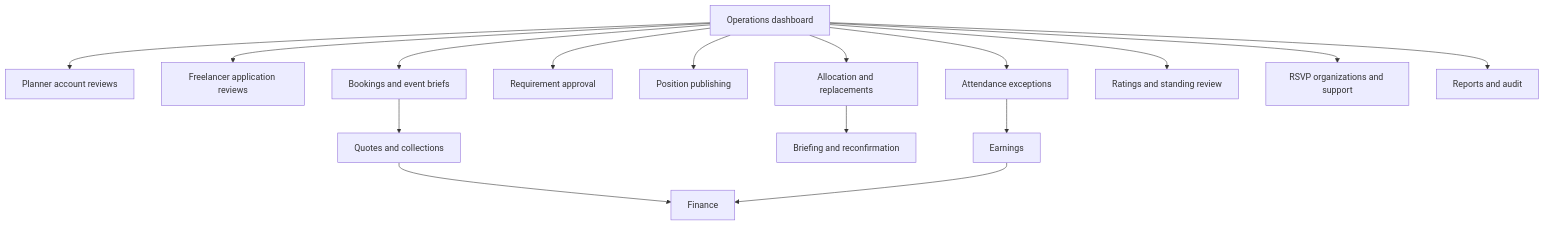
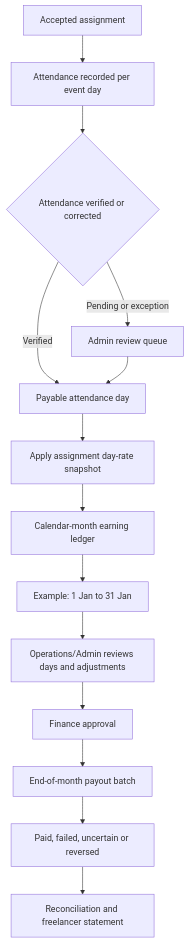
One commit to tejas104/TNP-Hospitality changed the ninth of 12 diagrams in docs/PLATFORM-USAGE-WORKFLOW-BLUEPRINT.md. Above: the diagram before and after it, drawn with Mermaid. The commit also changed other lines of this file and 10 other files, not shown here.

````diff
--- a/docs/PLATFORM-USAGE-WORKFLOW-BLUEPRINT.md
+++ b/docs/PLATFORM-USAGE-WORKFLOW-BLUEPRINT.md
@@ -267,18 +276,16 @@
 ```mermaid
 flowchart TD
-    A[Operations dashboard] --> B[Planner account reviews]
-    A --> C[Freelancer application reviews]
-    A --> D[Bookings and event briefs]
-    A --> E[Requirement approval]
-    A --> F[Position publishing]
-    A --> G[Allocation and replacements]
-    A --> H[Attendance exceptions]
-    A --> I[Ratings and standing review]
-    A --> J[RSVP organizations and support]
-    A --> K[Reports and audit]
-    D --> L[Quotes and collections]
-    G --> M[Briefing and reconfirmation]
-    H --> N[Earnings]
-    L --> O[Finance]
-    N --> O
+    A[Accepted assignment] --> B[Attendance recorded per event day]
+    B --> C{Attendance verified or corrected}
+    C -->|Pending or exception| D[Admin review queue]
+    C -->|Verified| E[Payable attendance day]
+    D --> E
+    E --> F[Apply assignment day-rate snapshot]
+    F --> G[Calendar-month earning ledger]
+    G --> H[Example: 1 Jan to 31 Jan]
+    H --> I[Operations/Admin reviews days and adjustments]
+    I --> J[Finance approval]
+    J --> K[End-of-month payout batch]
+    K --> L[Paid, failed, uncertain or reversed]
+    L --> M[Reconciliation and freelancer statement]
 ```
````
